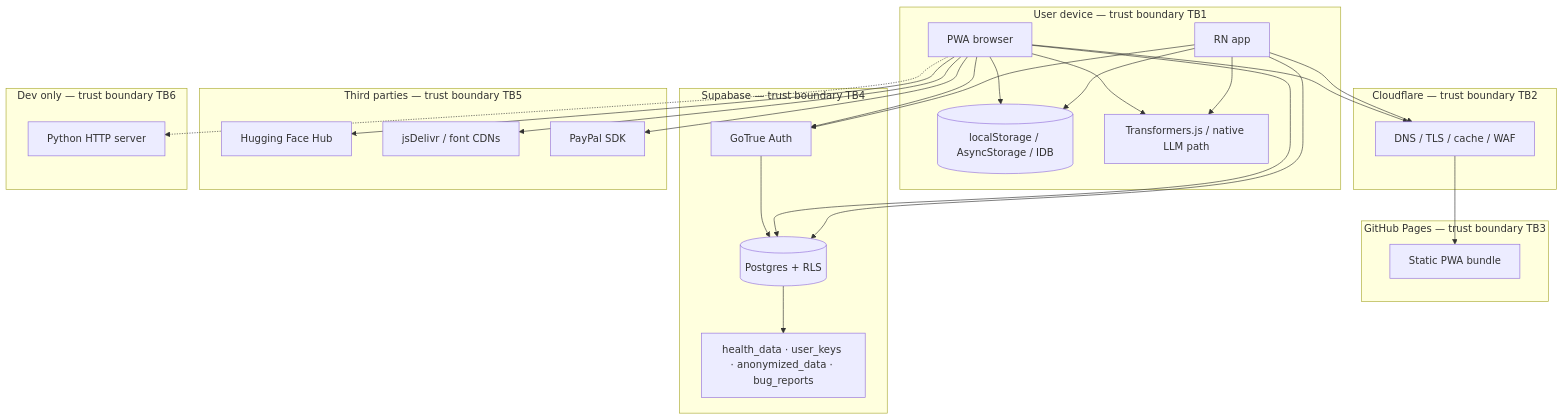
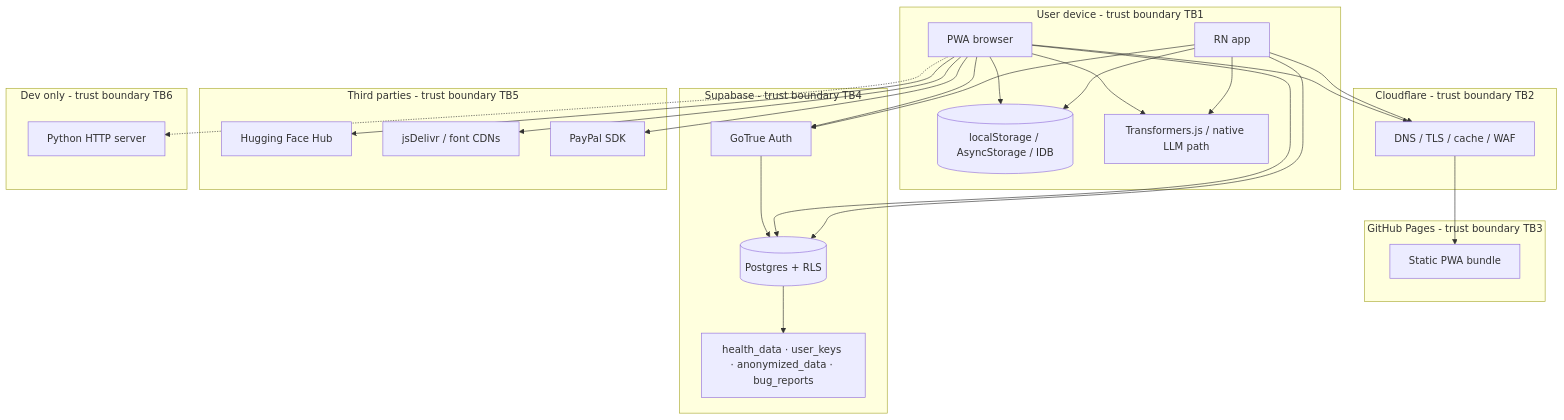
One commit to Metaheurist/Rianell changed the first of 5 diagrams in docs/threat-model.md. Above: the diagram before and after it, drawn with Mermaid. The commit also changed other lines of this file and 294 other files, not shown here.

````diff
--- a/docs/threat-model.md
+++ b/docs/threat-model.md
@@ -27,50 +27,50 @@
 ```mermaid
 flowchart TB
-  subgraph user_device [User device — trust boundary TB1]
+  subgraph user_device [User device - trust boundary TB1]
     PWA[PWA browser]
     RN[RN app]
     LocalStore[(localStorage / AsyncStorage / IDB)]
     OnDeviceAI[Transformers.js / native LLM path]
     PWA --> LocalStore
     RN --> LocalStore
     PWA --> OnDeviceAI
     RN --> OnDeviceAI
   end
 
-  subgraph edge [Cloudflare — trust boundary TB2]
+  subgraph edge [Cloudflare - trust boundary TB2]
     CF[DNS / TLS / cache / WAF]
   end
 
-  subgraph origin [GitHub Pages — trust boundary TB3]
+  subgraph origin [GitHub Pages - trust boundary TB3]
     Static[Static PWA bundle]
   end
 
-  subgraph supabase [Supabase — trust boundary TB4]
+  subgraph supabase [Supabase - trust boundary TB4]
     Auth[GoTrue Auth]
     PG[(Postgres + RLS)]
     Tables[health_data · user_keys · anonymized_data · bug_reports]
     Auth --> PG
     PG --> Tables
   end
 
-  subgraph third_party [Third parties — trust boundary TB5]
+  subgraph third_party [Third parties - trust boundary TB5]
     HF[Hugging Face Hub]
     CDN[jsDelivr / font CDNs]
     PayPal[PayPal SDK]
   end
 
-  subgraph dev_only [Dev only — trust boundary TB6]
+  subgraph dev_only [Dev only - trust boundary TB6]
     PyServer[Python HTTP server]
   end
 
   PWA --> CF --> Static
   RN --> CF
   PWA --> Auth
   RN --> Auth
   PWA --> PG
   RN --> PG
   PWA --> HF
   PWA --> CDN
   PWA --> PayPal
   PWA -.-> PyServer
 ```
````
